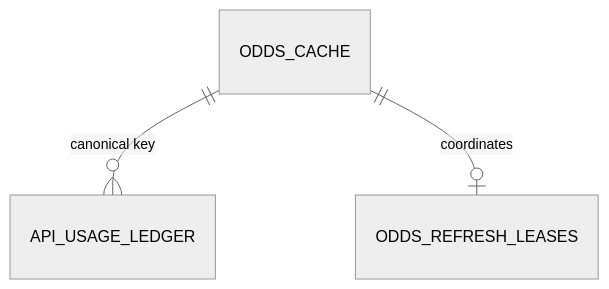
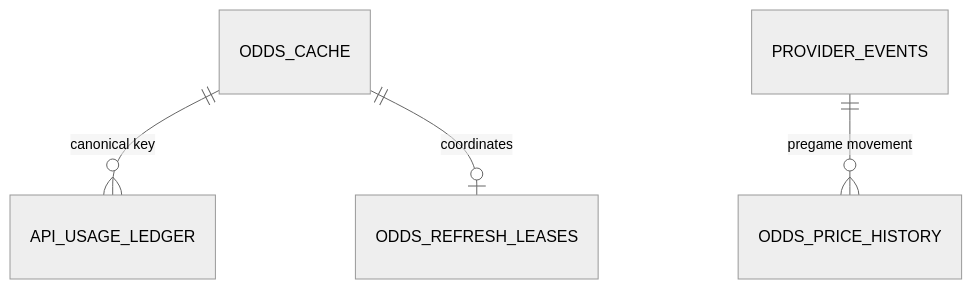
One commit to donohuejs/TheUnitsLab changed the first of 6 diagrams in docs/DATABASE_ERD.md. Above: the diagram before and after it, drawn with Mermaid (neutral theme). The commit also changed other lines of this file and 46 other files, not shown here.

First line of the commit message:
feat: release v0.16.0 odds data architecture

````diff
--- a/docs/DATABASE_ERD.md
+++ b/docs/DATABASE_ERD.md
@@ -7,5 +7,6 @@
 ```mermaid
 erDiagram
   ODDS_CACHE ||--o{ API_USAGE_LEDGER : "canonical key"
+  PROVIDER_EVENTS ||--o{ ODDS_PRICE_HISTORY : "pregame movement"
   ODDS_CACHE ||--o| ODDS_REFRESH_LEASES : coordinates
 ```
````
